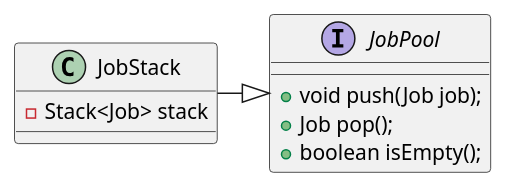
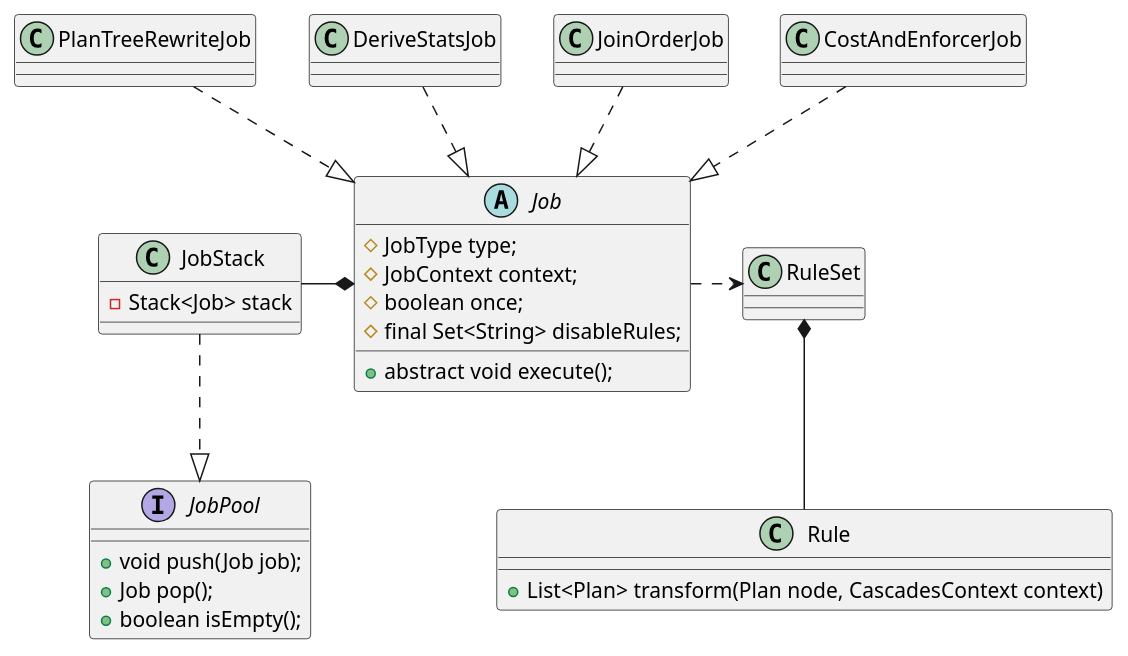
Before and after one commit to DepInjoy/geektime: the second of 3 diagrams in doc/DB/Doris/SourceRead/00_01_00_Optimizer_CascadesContext.md, drawn with PlantUML. The commit also changed other lines of this file, not shown here.

````diff
--- a/doc/DB/Doris/SourceRead/00_01_00_Optimizer_CascadesContext.md
+++ b/doc/DB/Doris/SourceRead/00_01_00_Optimizer_CascadesContext.md
@@ -112,15 +139,37 @@
 ```plantuml
-@startuml
 class JobStack {
     - Stack<Job> stack
 }
 
 interface JobPool {
     + void push(Job job);
     + Job pop();
     + boolean isEmpty();
 }
 
-JobStack -|> JobPool
-@enduml
+
+abstract class Job {
+    # JobType type;
+    # JobContext context;
+    # boolean once;
+    # final Set<String> disableRules;
+    + abstract void execute();
+}
+
+class Rule {
+    + List<Plan> transform(Plan node, CascadesContext context)
+}
+
+JobStack -down.|> JobPool
+
+JobStack -right-* Job
+
+Rule -up-* RuleSet
+Job  -right..> RuleSet
+
+
+PlanTreeRewriteJob -down.|> Job
+DeriveStatsJob -down.|> Job
+JoinOrderJob -down.|> Job
+CostAndEnforcerJob -down.|> Job
 ```
````
